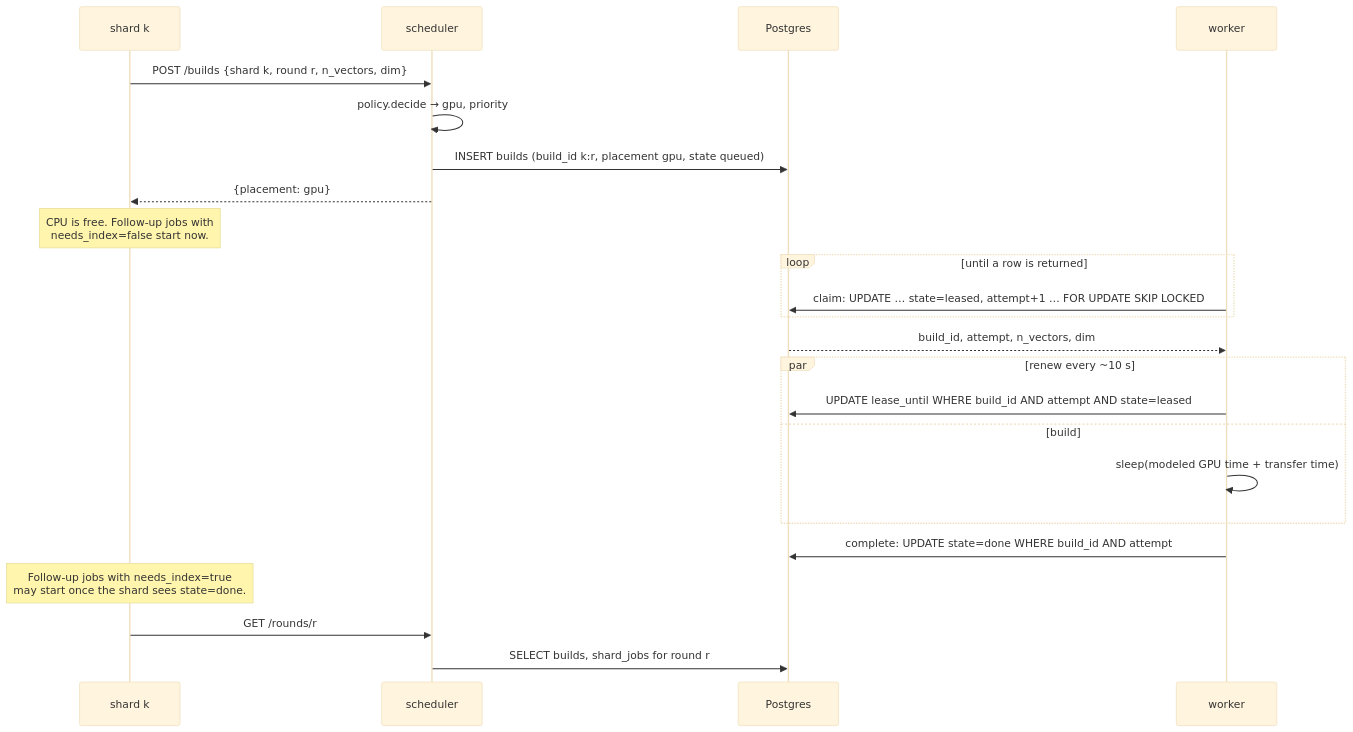
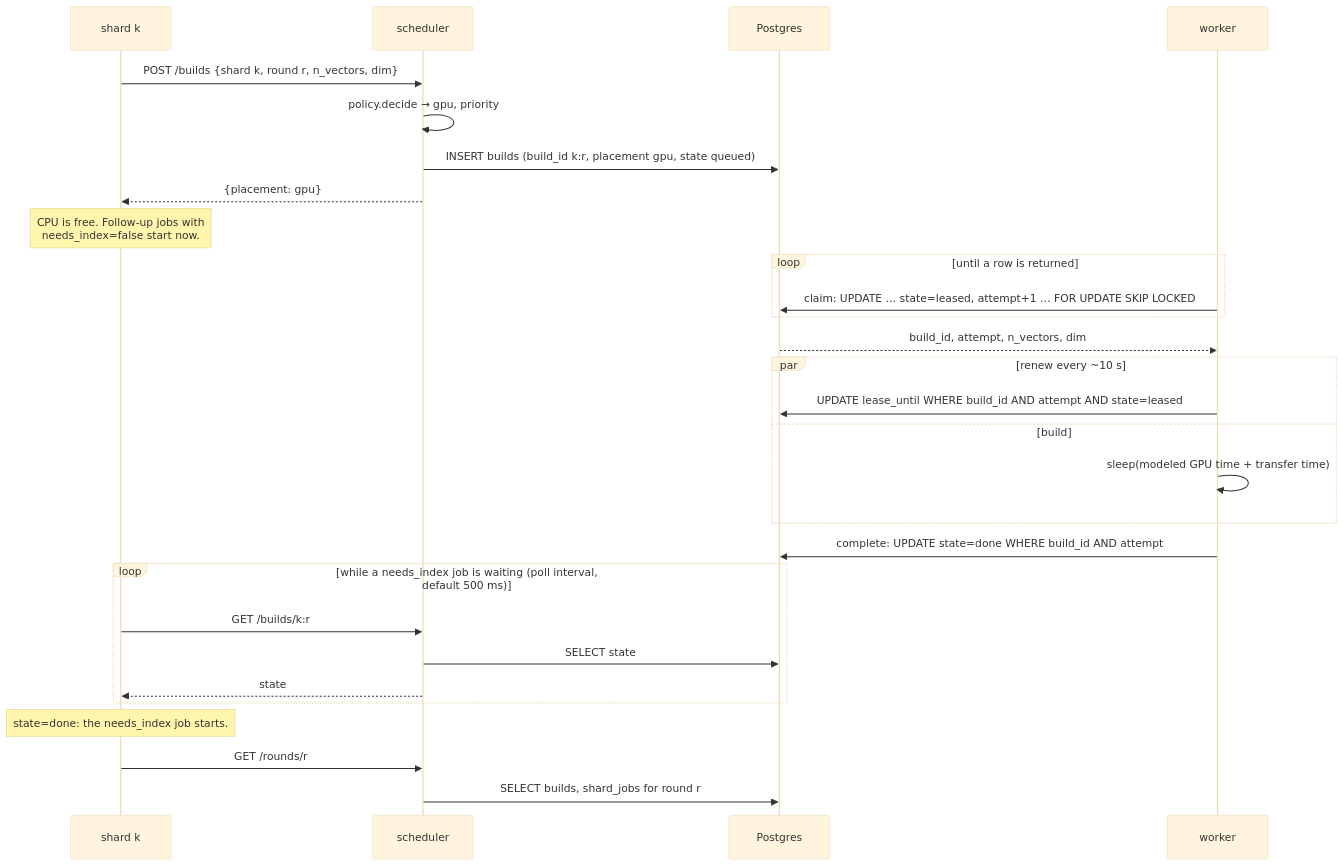
One commit to arqbca11/KubernetesGPU changed the second of 6 diagrams in docs/design/phase1-scheduler.md. Above: the diagram before and after it, drawn with Mermaid (base theme). The commit also changed other lines of this file, not shown here.

Commit message:
Design: shards poll GET /builds/{id} for build completion (decision 23)

````diff
--- a/docs/design/phase1-scheduler.md
+++ b/docs/design/phase1-scheduler.md
@@ -52,29 +52,34 @@
 ```mermaid
 sequenceDiagram
     participant S as shard k
     participant A as scheduler
     participant P as Postgres
     participant W as worker
 
     S->>A: POST /builds {shard k, round r, n_vectors, dim}
     A->>A: policy.decide → gpu, priority
     A->>P: INSERT builds (build_id k:r, placement gpu, state queued)
     A-->>S: {placement: gpu}
     Note over S: CPU is free. Follow-up jobs with<br/>needs_index=false start now.
 
     loop until a row is returned
         W->>P: claim: UPDATE … state=leased, attempt+1 … FOR UPDATE SKIP LOCKED
     end
     P-->>W: build_id, attempt, n_vectors, dim
 
     par renew every ~10 s
         W->>P: UPDATE lease_until WHERE build_id AND attempt AND state=leased
     and build
         W->>W: sleep(modeled GPU time + transfer time)
     end
 
     W->>P: complete: UPDATE state=done WHERE build_id AND attempt
-    Note over S: Follow-up jobs with needs_index=true<br/>may start once the shard sees state=done.
+    loop while a needs_index job is waiting (poll interval, default 500 ms)
+        S->>A: GET /builds/k:r
+        A->>P: SELECT state
+        A-->>S: state
+    end
+    Note over S: state=done: the needs_index job starts.
     S->>A: GET /rounds/r
     A->>P: SELECT builds, shard_jobs for round r
 ```
````
